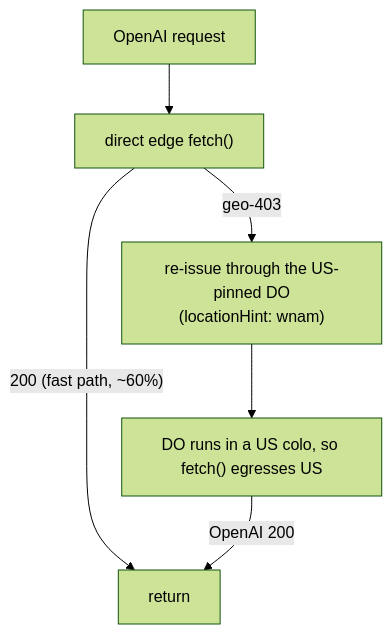
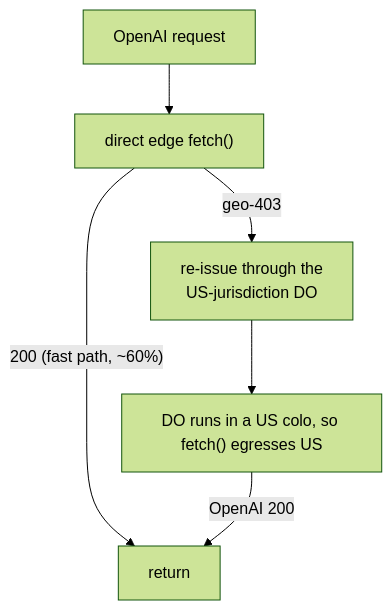
One commit to Bug-Finderr/api-proxy changed the fifth of 6 diagrams in docs/architecture.md. Above: the diagram before and after it, drawn with Mermaid (forest theme). The commit also changed other lines of this file and 14 other files, not shown here.

````diff
--- a/docs/architecture.md
+++ b/docs/architecture.md
@@ -161,8 +161,8 @@
 ```mermaid
 flowchart TD
     A[OpenAI request] --> B["direct edge fetch()"]
     B -- "200 (fast path, ~60%)" --> R[return]
-    B -- "geo-403" --> D["re-issue through the US-pinned DO<br/>(locationHint: wnam)"]
+    B -- "geo-403" --> D["re-issue through the<br/>US-jurisdiction DO"]
     D --> E["DO runs in a US colo, so fetch() egresses US"]
     E -- "OpenAI 200" --> R
 ```
````
